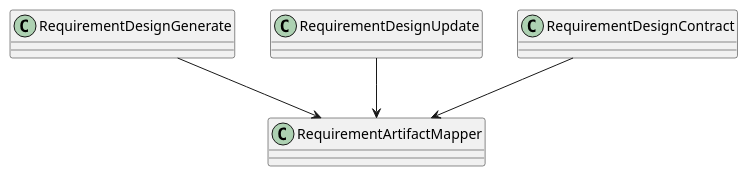
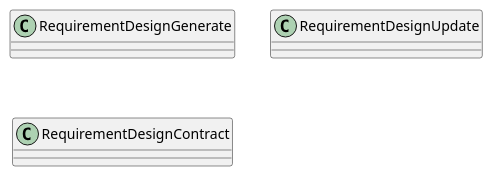
One commit to lucky-chen/ai_workflow_travel changed the first of 4 diagrams in project_layer/docs/breakdown_docs/requirement_design.md. Above: the diagram before and after it, drawn with PlantUML. The commit also changed other lines of this file and 16 other files, not shown here.

````diff
--- a/project_layer/docs/breakdown_docs/requirement_design.md
+++ b/project_layer/docs/breakdown_docs/requirement_design.md
@@ -48,12 +50,7 @@
 ```plantuml
 @startuml
 class RequirementDesignGenerate
 class RequirementDesignUpdate
 class RequirementDesignContract
-class RequirementArtifactMapper
-
-RequirementDesignGenerate --> RequirementArtifactMapper
-RequirementDesignUpdate --> RequirementArtifactMapper
-RequirementDesignContract --> RequirementArtifactMapper
 @enduml
 ```
````
